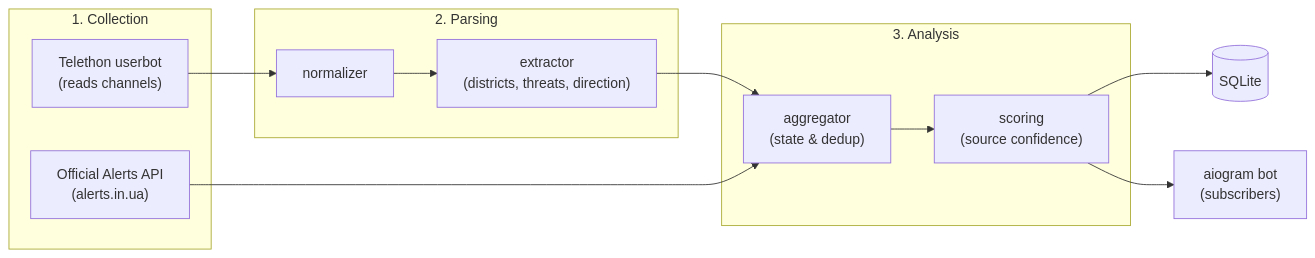
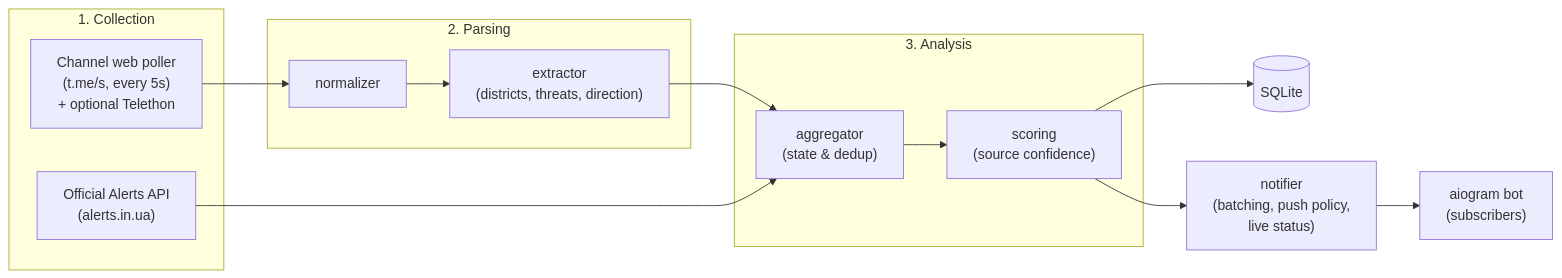
The diagram in README.md (Skerpsh/Peace), drawn with Mermaid before and after one commit. The commit also changed other lines of this file and 22 other files, not shown here.

First line of the commit message:
Single Kyiv zone, Ukrainian UI, live status, batching, night mode, admin health alerts

````diff
--- a/README.md
+++ b/README.md
@@ -17,21 +34,21 @@
 ```mermaid
 flowchart LR
     subgraph Collect["1. Collection"]
-        TG["Telethon userbot<br/>(reads channels)"]
+        TG["Channel web poller<br/>(t.me/s, every 5s)<br/>+ optional Telethon"]
         API["Official Alerts API<br/>(alerts.in.ua)"]
     end
     subgraph Parse["2. Parsing"]
         N["normalizer"] --> E["extractor<br/>(districts, threats, direction)"]
     end
     subgraph Analyze["3. Analysis"]
         AG["aggregator<br/>(state & dedup)"] --> SC["scoring<br/>(source confidence)"]
     end
     DB[("SQLite")]
     BOT["aiogram bot<br/>(subscribers)"]
 
     TG --> N
     E --> AG
     API --> AG
     SC --> DB
-    SC --> BOT
+    SC --> NT["notifier<br/>(batching, push policy,<br/>live status)"] --> BOT
 ```
````
